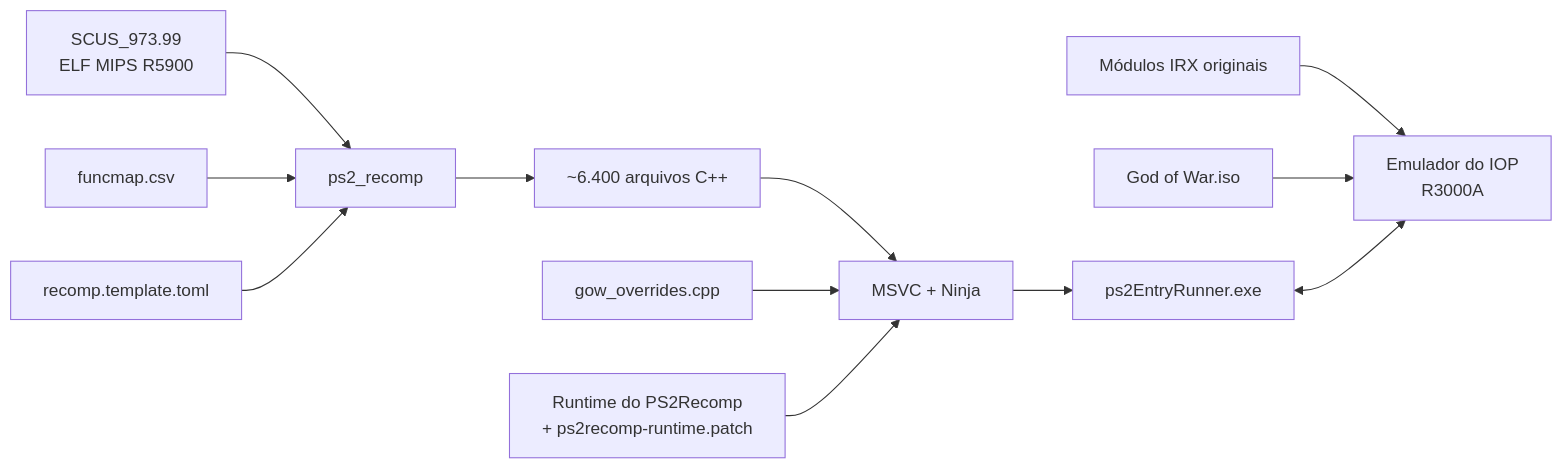
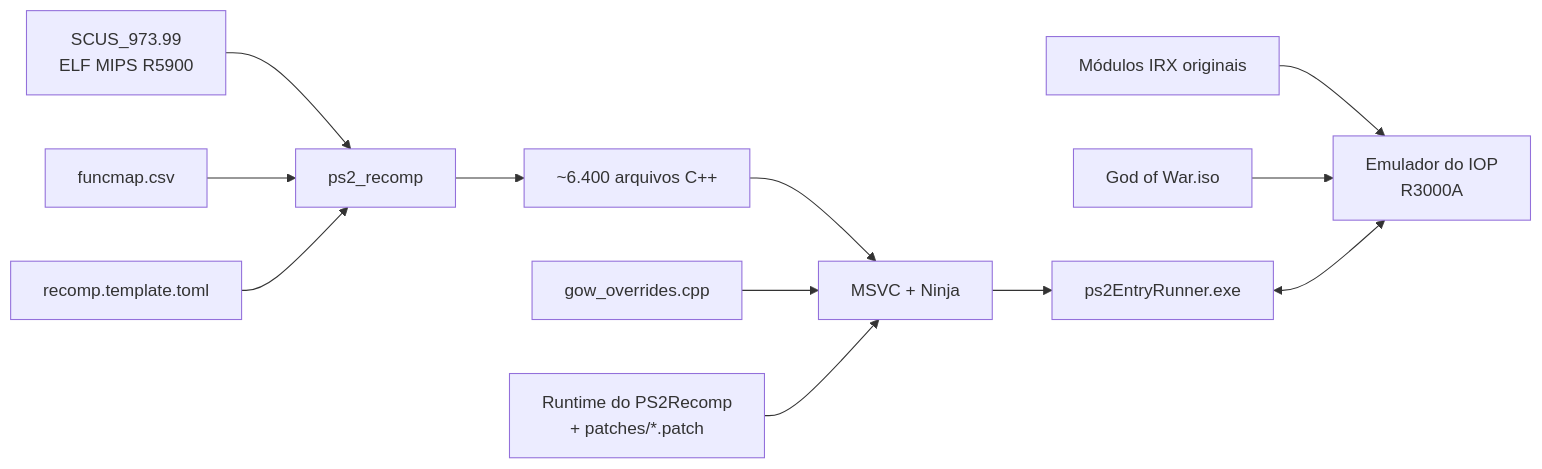
Before and after one commit to KIexster/god-of-war-recomp: the diagram in README.pt-BR.md, drawn with Mermaid. The commit also changed other lines of this file and 2 other files, not shown here.

````diff
--- a/README.pt-BR.md
+++ b/README.pt-BR.md
@@ -161,14 +169,14 @@
 ```mermaid
 flowchart LR
     A[SCUS_973.99<br/>ELF MIPS R5900] --> B[ps2_recomp]
     M[funcmap.csv] --> B
     C[recomp.template.toml] --> B
     B --> D[~6.400 arquivos C++]
     D --> E[MSVC + Ninja]
     O[gow_overrides.cpp] --> E
-    P[Runtime do PS2Recomp<br/>+ ps2recomp-runtime.patch] --> E
+    P["Runtime do PS2Recomp<br/>+ patches/*.patch"] --> E
     E --> F[ps2EntryRunner.exe]
     I[Módulos IRX originais] --> G[Emulador do IOP<br/>R3000A]
     ISO[God of War.iso] --> G
     F <--> G
 ```
````
